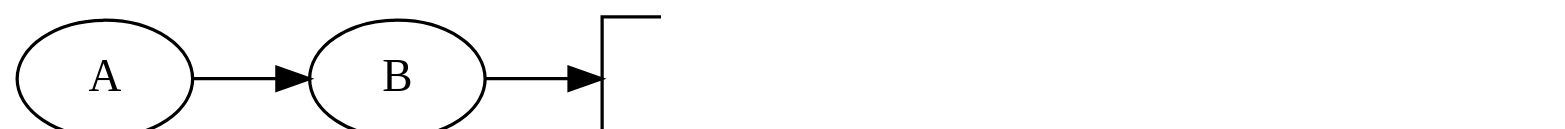
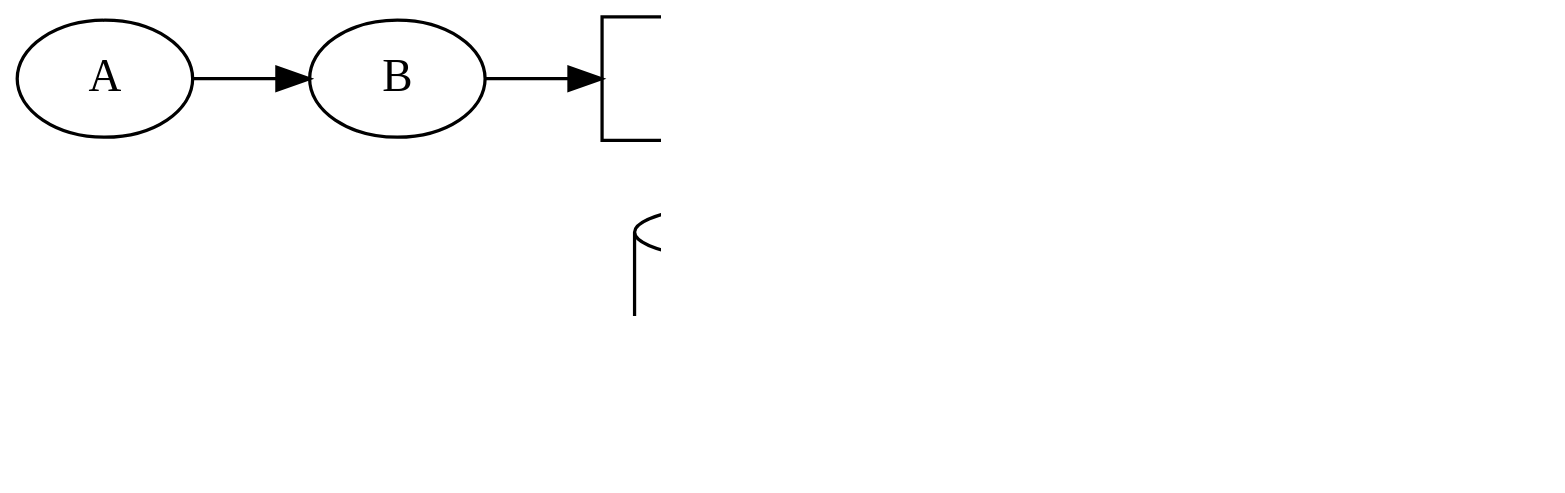
The sixth of 14 diagrams in slides/src/main/asciidoc/lecture.adoc (inponomarev/kstreams-testing-pitfalls), drawn with Graphviz before and after one commit. The commit also changed other lines of this file, not shown here.

Commit message:
improve diagrams

```diff
--- a/slides/src/main/asciidoc/lecture.adoc
+++ b/slides/src/main/asciidoc/lecture.adoc
@@ -286,16 +307,27 @@
 [graphviz,"wrong-topology3.png"]
 ----
 digraph G {
 graph [ dpi = 180 ];
 rankdir="LR";
 A1[label="A"];
 B1[label="B"];
 A2[label="A"];
 B2[label="B"];
 
-A1 -> B1 ->  Kafka -> B2 -> A2 ;
+A1 -> B1 ->  Reduce -> B2 -> A2 ;
 
 
-Kafka[shape=box,label="reduce \n (l, r) → <STOP>"]
+Reduce[shape=box,label="reduce \n (l, r) → <STOP>"];
+
+Store[shape=cylinder,label=<<table cellspacing="5" cellborder="0"  border="0">
+        <tr><td colspan="2">Local Store</td></tr>
+        <tr><td>A</td><vr/><td>A</td></tr>
+        <tr><td>B</td><vr/><td>B</td></tr>
+        </table>>];
+
+Reduce->Store;
+
+{rank = same; Store; Reduce; }
+
 }
 ----
```
